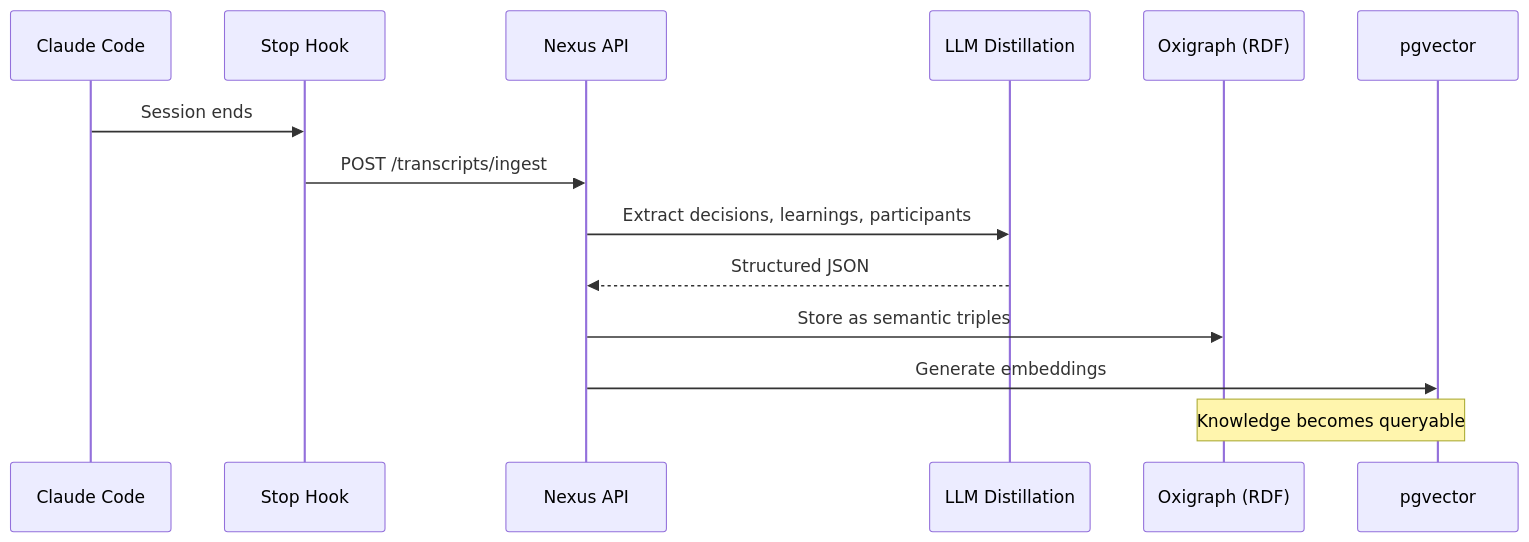
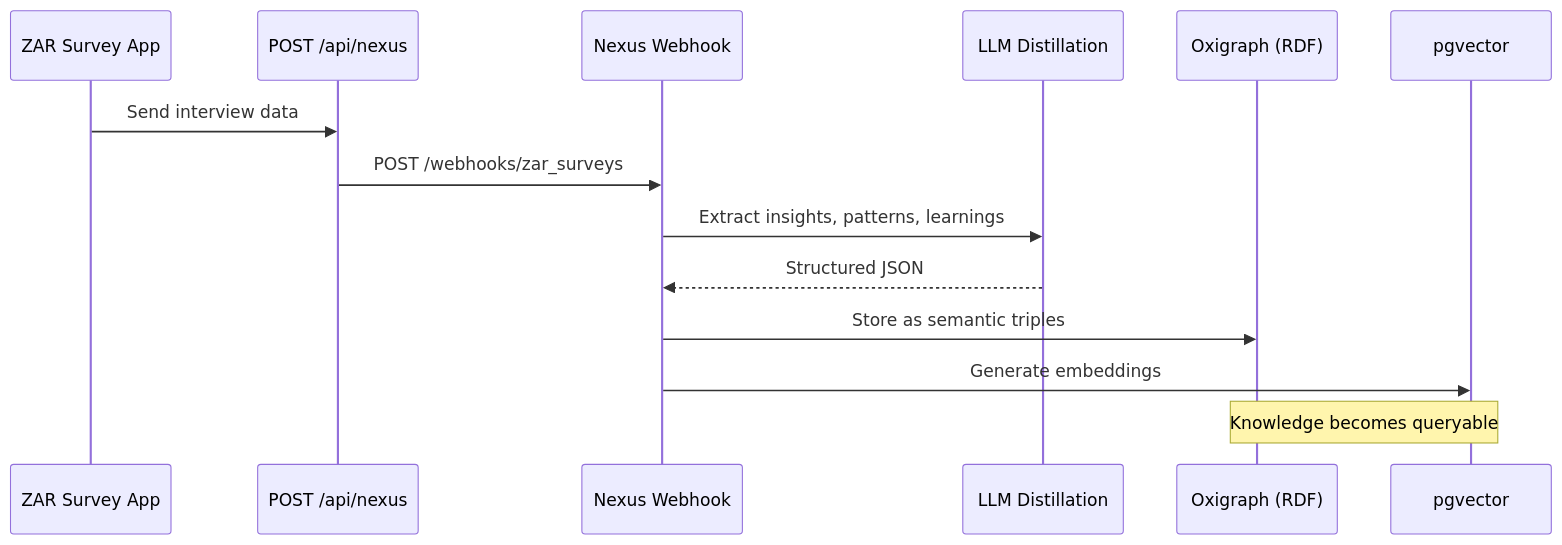
Before and after one commit to saeedjabbar/zar: the third of 3 diagrams in README.md, drawn with Mermaid. The commit also changed other lines of this file and 4 other files, not shown here.

First line of the commit message:
Add Nexus integration for interview data and update region to Pakistan

````diff
--- a/README.md
+++ b/README.md
@@ -85,17 +85,17 @@
 ```mermaid
 sequenceDiagram
-    participant CC as Claude Code
-    participant Hook as Stop Hook
-    participant Nexus as Nexus API
+    participant App as ZAR Survey App
+    participant API as POST /api/nexus
+    participant Nexus as Nexus Webhook
     participant LLM as LLM Distillation
     participant RDF as Oxigraph (RDF)
     participant Vec as pgvector
 
-    CC->>Hook: Session ends
-    Hook->>Nexus: POST /transcripts/ingest
-    Nexus->>LLM: Extract decisions, learnings, participants
+    App->>API: Send interview data
+    API->>Nexus: POST /webhooks/zar_surveys
+    Nexus->>LLM: Extract insights, patterns, learnings
     LLM-->>Nexus: Structured JSON
     Nexus->>RDF: Store as semantic triples
     Nexus->>Vec: Generate embeddings
     Note over RDF,Vec: Knowledge becomes queryable
 ```
````
